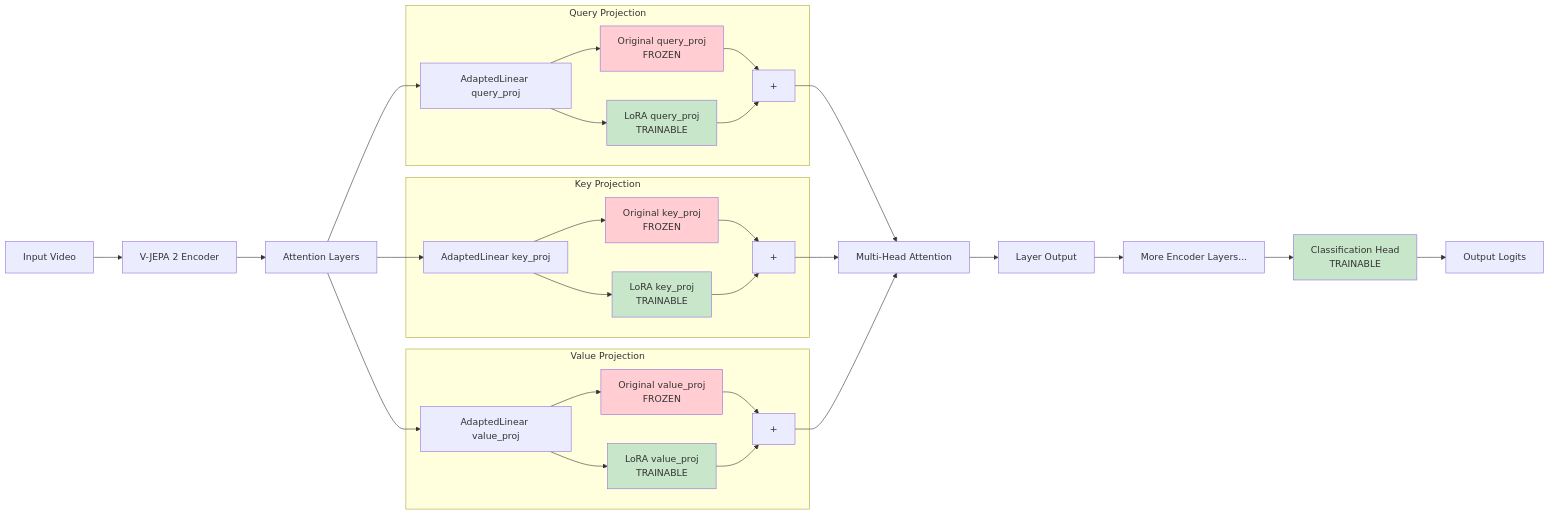
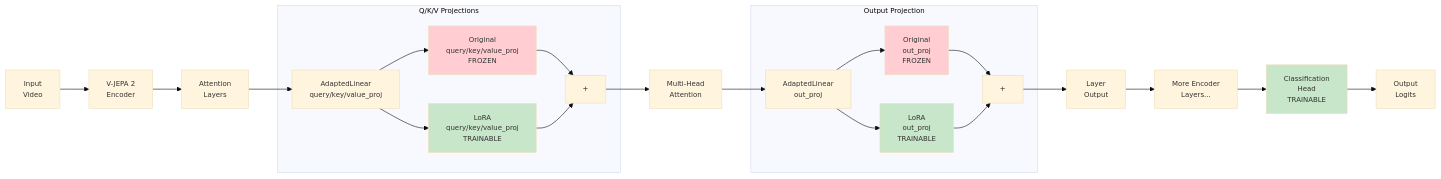
One commit to ZacCarrico/vjepa2 changed the fourth of 7 diagrams in docs/lora_architecture_diagrams.md. Above: the diagram before and after it, drawn with Mermaid. The commit also changed other lines of this file, not shown here.

Commit message:
update/improve mermaid diagrams

````diff
--- a/docs/lora_architecture_diagrams.md
+++ b/docs/lora_architecture_diagrams.md
@@ -61,54 +61,40 @@
 ```mermaid
+%%{init: {'theme':'base', 'themeVariables': {'fontSize':'12px'}}}%%
 graph LR
-    A[Input Video] --> B[V-JEPA 2 Encoder]
-    B --> C[Attention Layers]
+    A[Input<br/>Video] --> B[V-JEPA 2<br/>Encoder]
+    B --> C[Attention<br/>Layers]
 
-    subgraph "Query Projection"
-        D[AdaptedLinear query_proj]
-        D1[Original query_proj<br/>FROZEN]
-        D2[LoRA query_proj<br/>TRAINABLE]
+    subgraph "Q/K/V Projections"
+        D[AdaptedLinear<br/>query/key/value_proj]
+        D1[Original<br/>query/key/value_proj<br/>FROZEN]
+        D2[LoRA<br/>query/key/value_proj<br/>TRAINABLE]
         D --> D1
         D --> D2
         D1 --> D3[+]
         D2 --> D3
     end
 
-    subgraph "Key Projection"
-        E[AdaptedLinear key_proj]
-        E1[Original key_proj<br/>FROZEN]
-        E2[LoRA key_proj<br/>TRAINABLE]
-        E --> E1
-        E --> E2
-        E1 --> E3[+]
-        E2 --> E3
-    end
-
-    subgraph "Value Projection"
-        F[AdaptedLinear value_proj]
-        F1[Original value_proj<br/>FROZEN]
-        F2[LoRA value_proj<br/>TRAINABLE]
-        F --> F1
-        F --> F2
-        F1 --> F3[+]
-        F2 --> F3
+    subgraph "Output Projection"
+        G[AdaptedLinear<br/>out_proj]
+        G1[Original<br/>out_proj<br/>FROZEN]
+        G2[LoRA<br/>out_proj<br/>TRAINABLE]
+        G --> G1
+        G --> G2
+        G1 --> G3[+]
+        G2 --> G3
     end
 
     C --> D
-    C --> E
-    C --> F
-    D3 --> H[Multi-Head Attention]
-    E3 --> H
-    F3 --> H
-    H --> I[Layer Output]
-    I --> J[More Encoder Layers...]
-    J --> K[Classification Head<br/>TRAINABLE]
-    K --> L[Output Logits]
+    D3 --> H[Multi-Head<br/>Attention]
+    H --> G
+    G3 --> I[Layer<br/>Output]
+    I --> J[More Encoder<br/>Layers...]
+    J --> K[Classification<br/>Head<br/>TRAINABLE]
+    K --> L[Output<br/>Logits]
 
     style D1 fill:#ffcdd2
-    style E1 fill:#ffcdd2
-    style F1 fill:#ffcdd2
+    style G1 fill:#ffcdd2
     style D2 fill:#c8e6c9
-    style E2 fill:#c8e6c9
-    style F2 fill:#c8e6c9
+    style G2 fill:#c8e6c9
     style K fill:#c8e6c9
 ```
````
